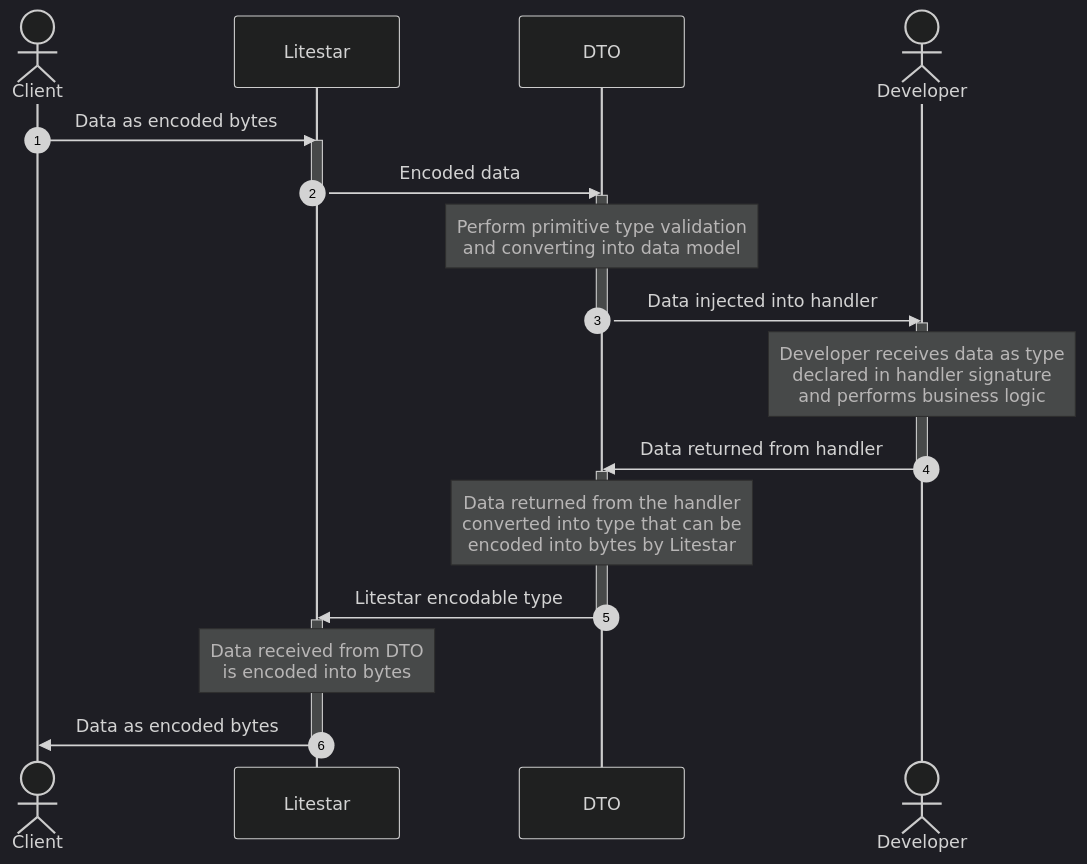
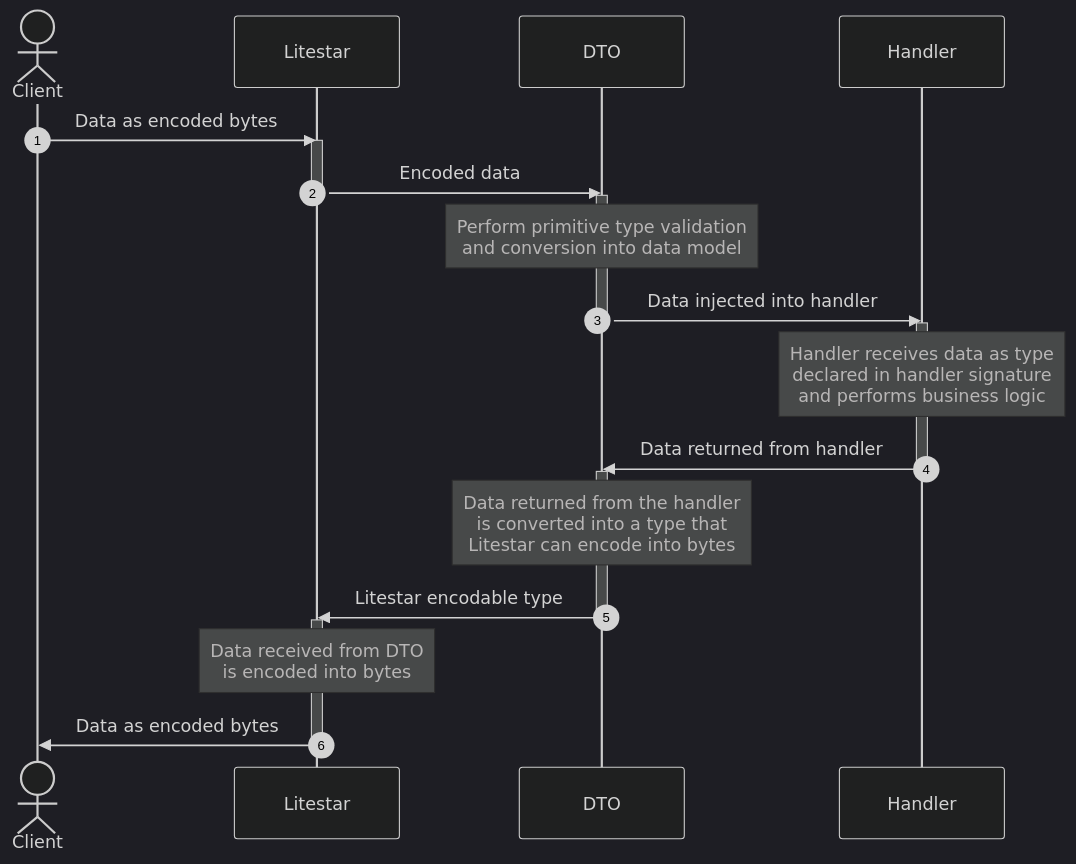
Before and after one commit to litestar-org/litestar: the diagram in docs/usage/dto/index.rst, drawn with Mermaid (dark theme). The commit also changed other lines of this file and 2 other files, not shown here.

Commit message:
Moves dto tutorial into tutorials directory

```diff
--- a/docs/usage/dto/index.rst
+++ b/docs/usage/dto/index.rst
@@ -4,28 +10,28 @@
 .. mermaid::
 
         sequenceDiagram
             autonumber
             actor Client
             participant Litestar
             participant DTO
-            actor Developer
+            participant Handler
             Client->>Litestar: Data as encoded bytes
             activate Litestar
             Litestar->>DTO: Encoded data
             deactivate Litestar
             activate DTO
-            Note over DTO: Perform primitive type validation<br>and converting into data model
-            DTO->>Developer: Data injected into handler
+            Note over DTO: Perform primitive type validation<br>and conversion into data model
+            DTO->>Handler: Data injected into handler
             deactivate DTO
-            activate Developer
-            Note over Developer: Developer receives data as type<br>declared in handler signature<br>and performs business logic
-            Developer->>DTO: Data returned from handler
-            deactivate Developer
+            activate Handler
+            Note over Handler: Handler receives data as type<br>declared in handler signature<br>and performs business logic
+            Handler->>DTO: Data returned from handler
+            deactivate Handler
             activate DTO
-            Note over DTO: Data returned from the handler<br>converted into type that can be<br>encoded into bytes by Litestar
+            Note over DTO: Data returned from the handler<br>is converted into a type that <br>Litestar can encode into bytes
             DTO->>Litestar: Litestar encodable type
             deactivate DTO
             activate Litestar
             Note over Litestar: Data received from DTO<br>is encoded into bytes
             Litestar->>Client: Data as encoded bytes
             deactivate Litestar
```
